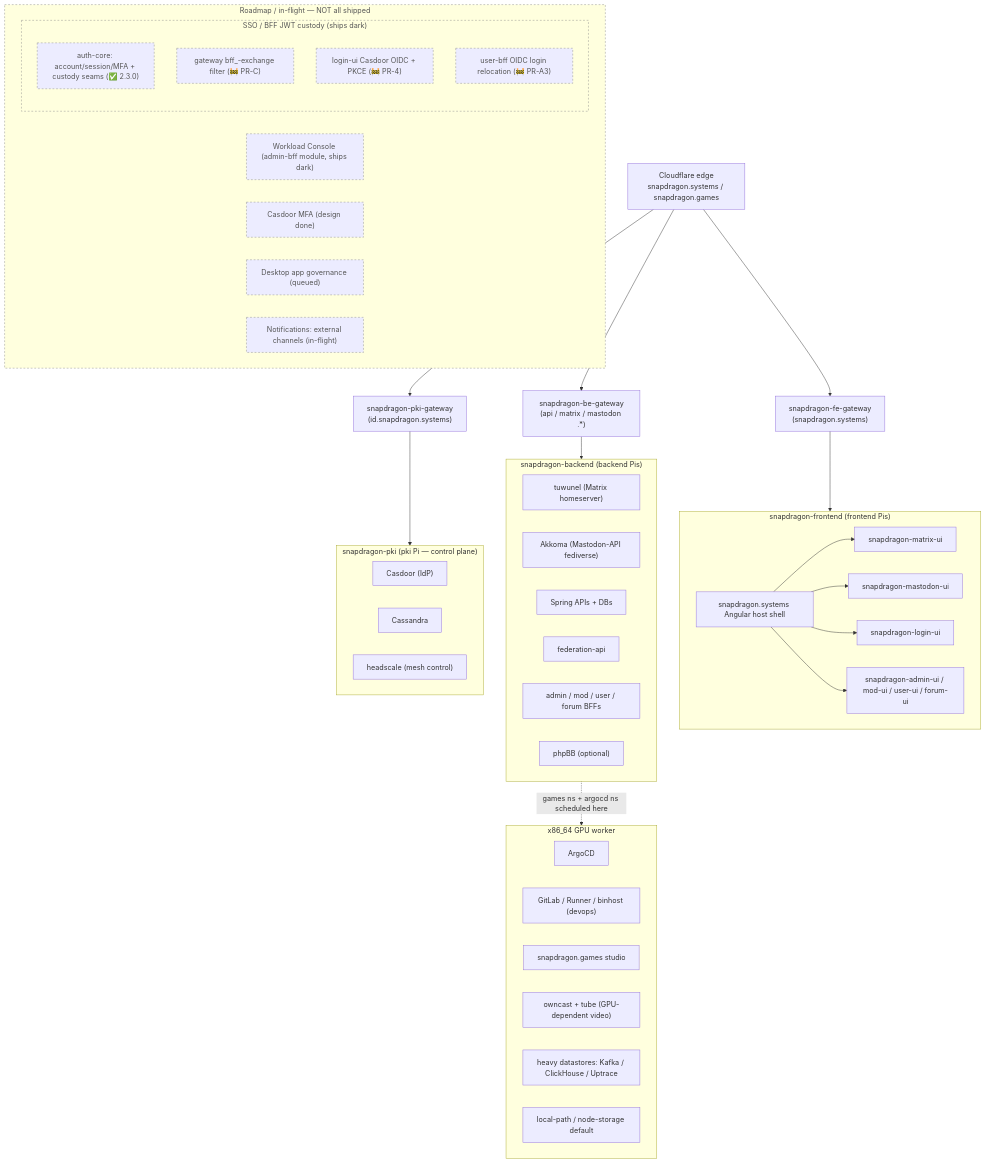
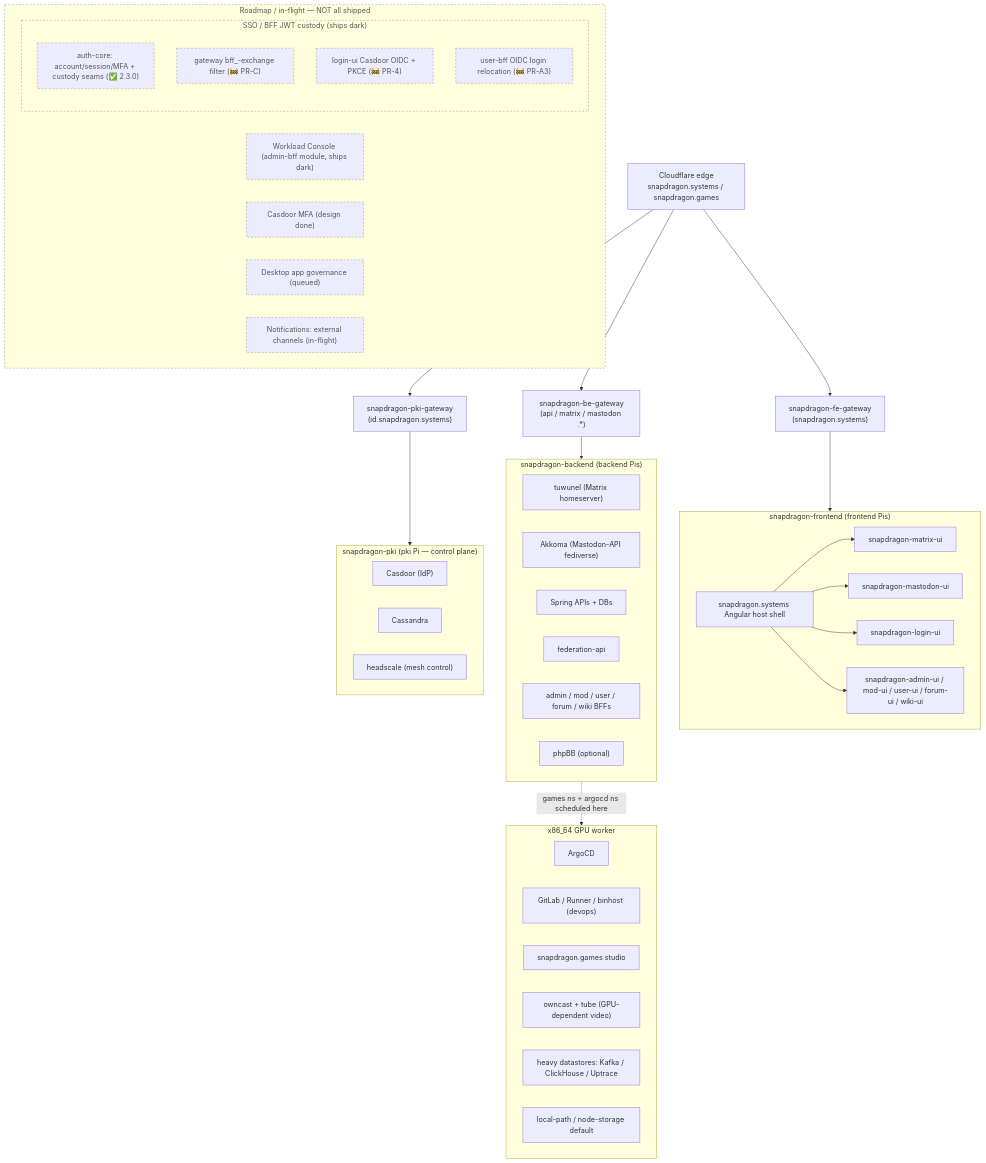
One commit to hugmesh/hugmesh-generator changed the first of 2 diagrams in docs/ARCHITECTURE.md. Above: the diagram before and after it, drawn with Mermaid. The commit also changed other lines of this file and 2 other files, not shown here.

Commit message:
docs: sync to current state (2026-06-25 r2) (#182)
- README CI section: replace stale echo-stub description with accurate
  build:images Kaniko dispatch pipeline (opt-in, IMAGE_BUILDER_ENABLED gated)
- ARCHITECTURE.md Mermaid: add wiki-ui to FE subgraph, wiki BFF to BE subgraph
- ARCHITECTURE.md Related repositories: add snapdragon-wiki-bff-api and
  snapdragon-wiki-ui rows (deployed via PRs #173 + #176)
- SECURITY.md identity matrix: add wiki-bff-api (s0:c69), wiki-bff-db, and
  wiki-ui (s0:c71) rows matching deployed manifests

````diff
--- a/docs/ARCHITECTURE.md
+++ b/docs/ARCHITECTURE.md
@@ -24,60 +24,60 @@
 ```mermaid
 flowchart TD
     CF["Cloudflare edge<br/>snapdragon.systems / snapdragon.games"]
     CF --> FEGW["snapdragon-fe-gateway<br/>(snapdragon.systems)"]
     CF --> BEGW["snapdragon-be-gateway<br/>(api / matrix / mastodon .*)"]
     CF --> PKIGW["snapdragon-pki-gateway<br/>(id.snapdragon.systems)"]
 
     subgraph FE["snapdragon-frontend (frontend Pis)"]
         HOST["snapdragon.systems Angular host shell"]
         HOST --> MUI["snapdragon-matrix-ui"]
         HOST --> MASTUI["snapdragon-mastodon-ui"]
         HOST --> LOGINUI["snapdragon-login-ui"]
-        HOST --> ADMINUI["snapdragon-admin-ui / mod-ui / user-ui / forum-ui"]
+        HOST --> ADMINUI["snapdragon-admin-ui / mod-ui / user-ui / forum-ui / wiki-ui"]
     end
 
     subgraph BE["snapdragon-backend (backend Pis)"]
         TUW["tuwunel (Matrix homeserver)"]
         AKK["Akkoma (Mastodon-API fediverse)"]
         APIS["Spring APIs + DBs"]
         FEDAPI["federation-api"]
-        BFFS["admin / mod / user / forum BFFs"]
+        BFFS["admin / mod / user / forum / wiki BFFs"]
         PHPBB["phpBB (optional)"]
     end
 
     subgraph PKI["snapdragon-pki (pki Pi — control plane)"]
         CAS["Casdoor (IdP)"]
         CASS["Cassandra"]
         HS["headscale (mesh control)"]
     end
 
     subgraph X86["x86_64 GPU worker"]
         ARGO["ArgoCD"]
         DEVOPS["GitLab / Runner / binhost (devops)"]
         GAMES["snapdragon.games studio"]
         VIDEO["owncast + tube (GPU-dependent video)"]
         HEAVY["heavy datastores: Kafka / ClickHouse / Uptrace"]
         STORE["local-path / node-storage default"]
     end
 
     FEGW --> FE
     BEGW --> BE
     PKIGW --> PKI
     BE -. "games ns + argocd ns scheduled here" .-> X86
 
     subgraph ROADMAP["Roadmap / in-flight — NOT all shipped"]
         WC["Workload Console (admin-bff module, ships dark)"]
         MFA["Casdoor MFA (design done)"]
         DESKGOV["Desktop app governance (queued)"]
         NOTIFY["Notifications: external channels (in-flight)"]
         subgraph SSO["SSO / BFF JWT custody (ships dark)"]
             AUTHCORE["auth-core: account/session/MFA + custody seams (✅ 2.3.0)"]
             GWEXCH["gateway bff_-exchange filter (🚧 PR-C)"]
             LOGINOIDC["login-ui Casdoor OIDC + PKCE (🚧 PR-4)"]
             UBRELOC["user-bff OIDC login relocation (🚧 PR-A3)"]
         end
     end
 
     classDef planned stroke-dasharray:4,stroke:#888,color:#555;
     class ROADMAP,WC,MFA,DESKGOV,NOTIFY,SSO,AUTHCORE,GWEXCH,LOGINOIDC,UBRELOC planned;
 ```
````
